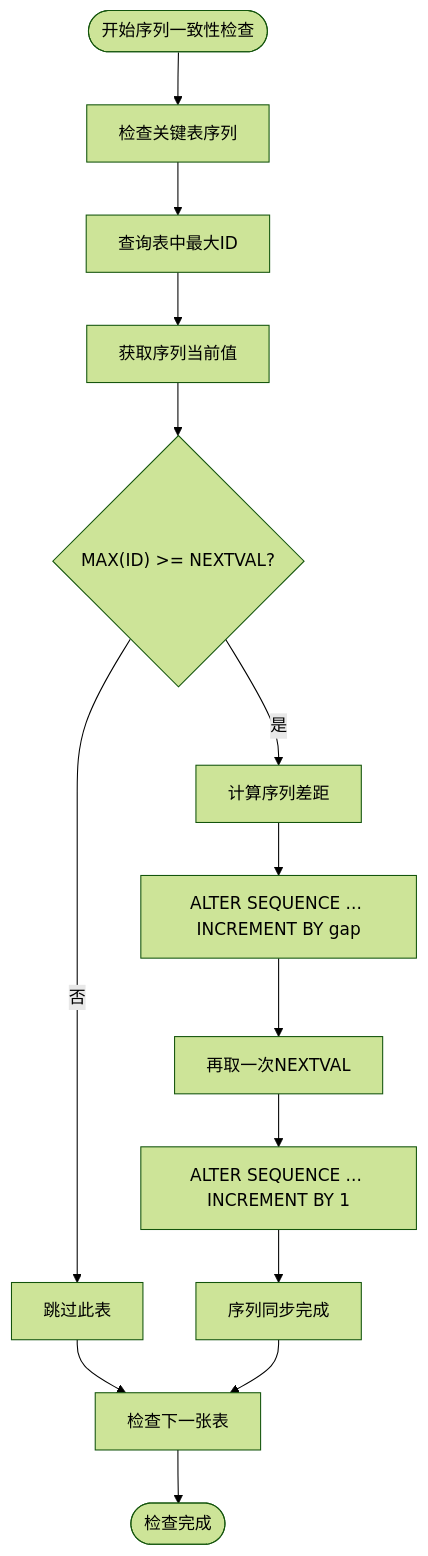
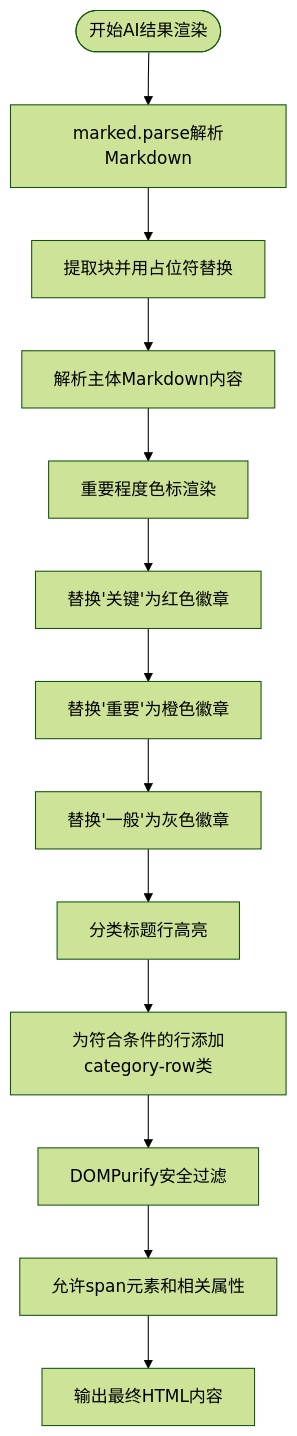
One commit to liuzh2008/med_ai_assistant_workspace changed the third of 28 diagrams in .qoder/repowiki/zh/content/核心功能模块/AI诊断辅助系统.md. Above: the diagram before and after it, drawn with Mermaid (forest theme). The commit also changed other lines of this file and 6 other files, not shown here.

````diff
--- a/.qoder/repowiki/zh/content/核心功能模块/AI诊断辅助系统.md
+++ b/.qoder/repowiki/zh/content/核心功能模块/AI诊断辅助系统.md
@@ -380,16 +414,16 @@
 ```mermaid
 flowchart TD
-Start(["开始序列一致性检查"]) --> CheckTables["检查关键表序列"]
-CheckTables --> GetMaxId["查询表中最大ID"]
-GetMaxId --> GetSeqValue["获取序列当前值"]
-GetSeqValue --> CompareValues{"MAX(ID) >= NEXTVAL?"}
-CompareValues --> |是| CalcGap["计算序列差距"]
-CalcGap --> AdjustStep["ALTER SEQUENCE ... INCREMENT BY gap"]
-AdjustStep --> ConsumeNext["再取一次NEXTVAL"]
-ConsumeNext --> RestoreStep["ALTER SEQUENCE ... INCREMENT BY 1"]
-RestoreStep --> Success["序列同步完成"]
-CompareValues --> |否| Skip["跳过此表"]
-Skip --> CheckNext["检查下一张表"]
-Success --> CheckNext
-CheckNext --> End(["检查完成"])
+Start(["开始AI结果渲染"]) --> ParseMarkdown["marked.parse解析Markdown"]
+ParseThinking["提取<thinking>块并用占位符替换"]
+ParseMain["解析主体Markdown内容"]
+ColorBadge["重要程度色标渲染"]
+ReplaceCritical["替换'关键'为红色徽章"]
+ReplaceImportant["替换'重要'为橙色徽章"]
+ReplaceNormal["替换'一般'为灰色徽章"]
+CategoryHighlight["分类标题行高亮"]
+AddClass["为符合条件的行添加category-row类"]
+DOMPurify["DOMPurify安全过滤"]
+AllowElements["允许span元素和相关属性"]
+FinalHTML["输出最终HTML内容"]
+ParseMarkdown --> ParseThinking --> ParseMain --> ColorBadge --> ReplaceCritical --> ReplaceImportant --> ReplaceNormal --> CategoryHighlight --> AddClass --> DOMPurify --> AllowElements --> FinalHTML
 ```
````
